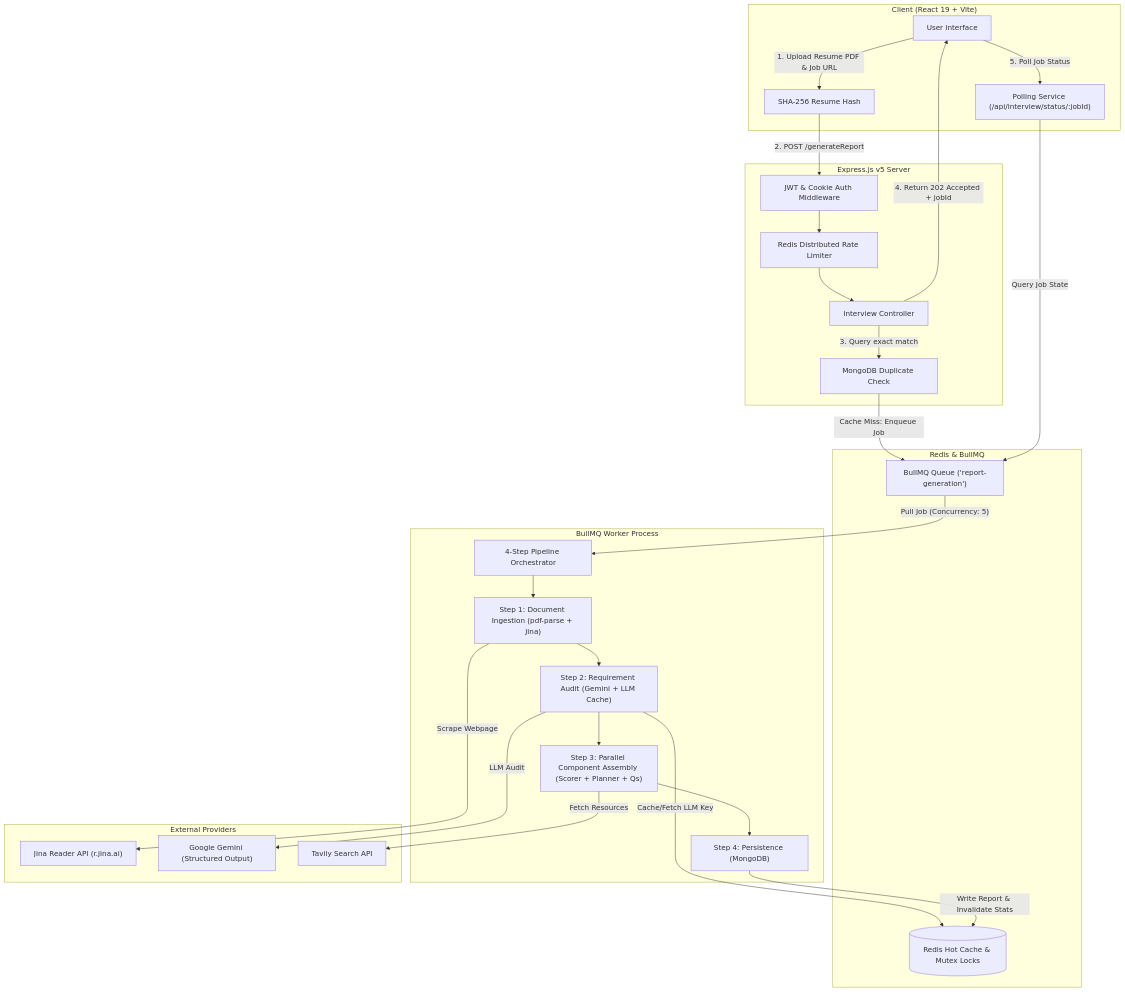
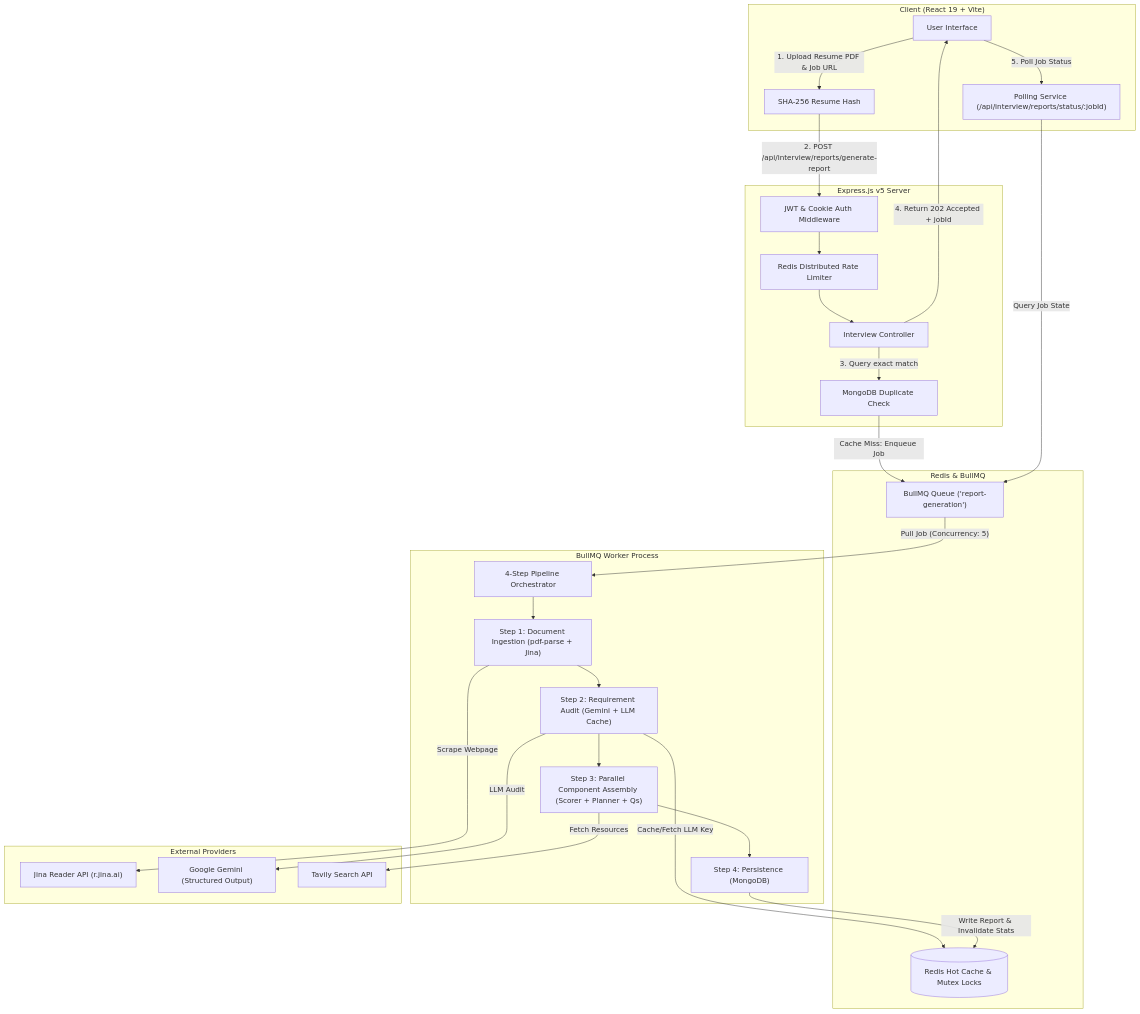
Before and after one commit to Rajdeep-Dhar-06/ResumeRise: the diagram in README.md, drawn with Mermaid. The commit also changed other lines of this file and 52 other files, not shown here.

````diff
--- a/README.md
+++ b/README.md
@@ -75,55 +75,55 @@
 ```mermaid
 flowchart TD
     subgraph Client ["Client (React 19 + Vite)"]
         UI["User Interface"]
         Hash["SHA-256 Resume Hash"]
-        Poll["Polling Service (/api/interview/status/:jobId)"]
+        Poll["Polling Service (/api/interview/reports/status/:jobId)"]
     end
 
     subgraph API Gateway ["Express.js v5 Server"]
         Auth["JWT & Cookie Auth Middleware"]
         Limiter["Redis Distributed Rate Limiter"]
         Controller["Interview Controller"]
         Dedup["MongoDB Duplicate Check"]
     end
 
     subgraph Queue Layer ["Redis & BullMQ"]
         Queue["BullMQ Queue ('report-generation')"]
         RedisCache[("Redis Hot Cache & Mutex Locks")]
     end
 
     subgraph Background Worker ["BullMQ Worker Process"]
         Pipeline["4-Step Pipeline Orchestrator"]
         Step1["Step 1: Document Ingestion (pdf-parse + Jina)"]
         Step2["Step 2: Requirement Audit (Gemini + LLM Cache)"]
         Step3["Step 3: Parallel Component Assembly (Scorer + Planner + Qs)"]
         Step4["Step 4: Persistence (MongoDB)"]
     end
 
     subgraph External APIs ["External Providers"]
         Jina["Jina Reader API (r.jina.ai)"]
         Gemini["Google Gemini (Structured Output)"]
         Tavily["Tavily Search API"]
     end
 
     UI -->|"1. Upload Resume PDF & Job URL"| Hash
-    Hash -->|"2. POST /generateReport"| Auth
+    Hash -->|"2. POST /api/interview/reports/generate-report"| Auth
     Auth --> Limiter
     Limiter --> Controller
     Controller -->|"3. Query exact match"| Dedup
     Dedup -->|"Cache Miss: Enqueue Job"| Queue
     Controller -->|"4. Return 202 Accepted + jobId"| UI
     UI -->|"5. Poll Job Status"| Poll
     Poll -->|"Query Job State"| Queue
 
     Queue -->|"Pull Job (Concurrency: 5)"| Pipeline
     Pipeline --> Step1
     Step1 -->|"Scrape Webpage"| Jina
     Step1 --> Step2
     Step2 -->|"LLM Audit"| Gemini
     Step2 -->|"Cache/Fetch LLM Key"| RedisCache
     Step2 --> Step3
     Step3 -->|"Fetch Resources"| Tavily
     Step3 --> Step4
     Step4 -->|"Write Report & Invalidate Stats"| RedisCache
 ```
````
